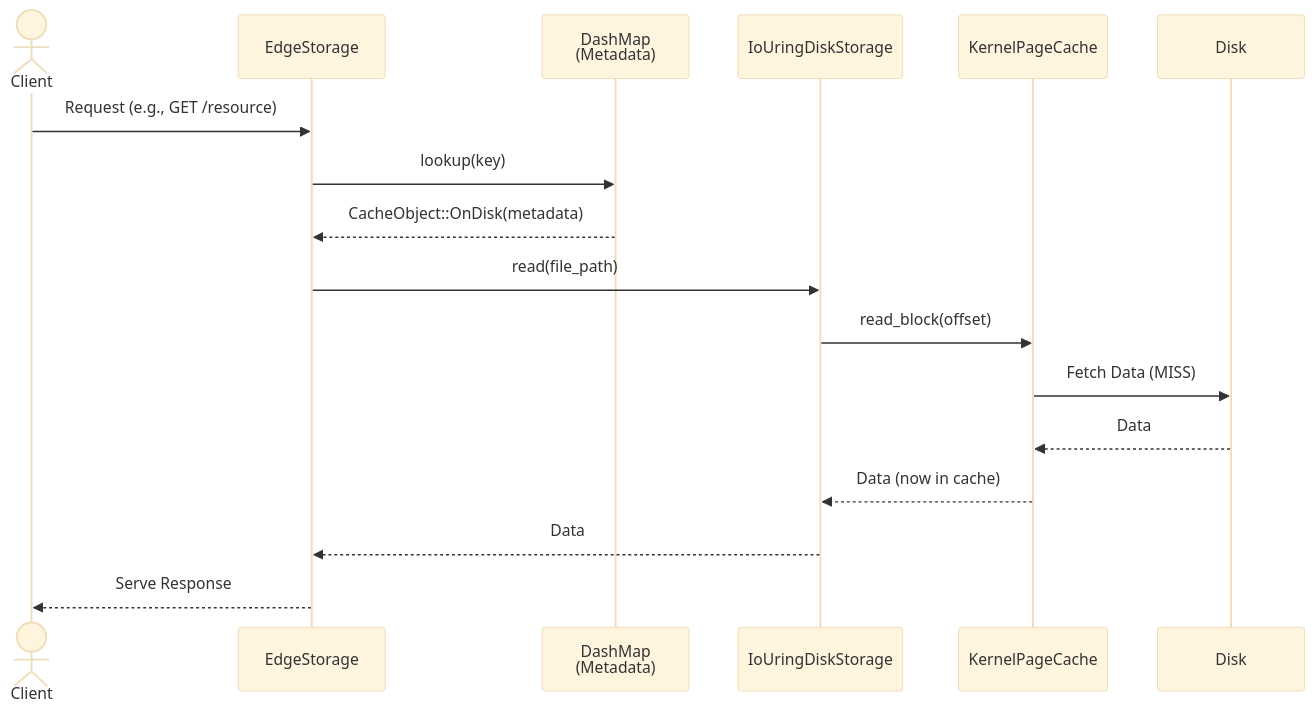
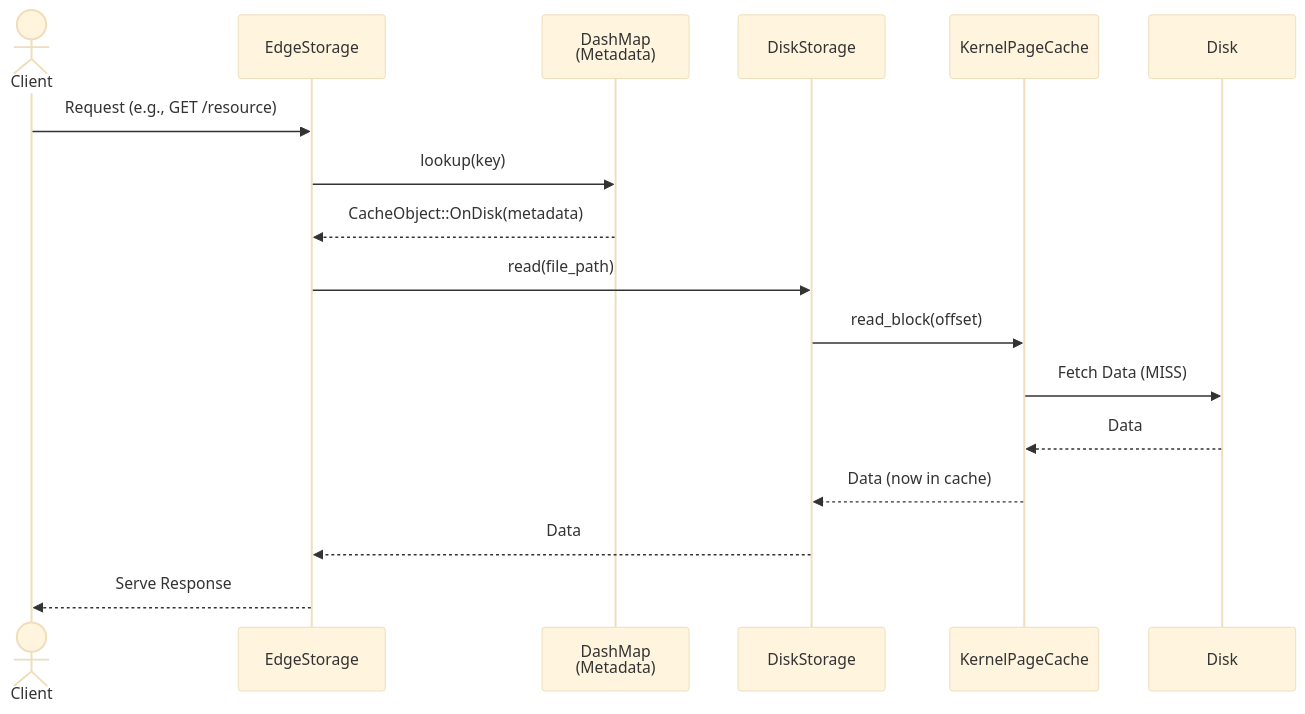
The third of 4 diagrams in design/architecture_diagrams.md (PixmaNts/edge-cdn-store), drawn with Mermaid (base theme) before and after one commit. The commit also changed other lines of this file and 6 other files, not shown here.

````diff
--- a/design/architecture_diagrams.md
+++ b/design/architecture_diagrams.md
@@ -62,20 +62,20 @@
 ```mermaid
 sequenceDiagram
     actor Client
     participant EdgeStorage
     participant DashMap as DashMap<br>(Metadata)
-    participant IoUringDiskStorage
+    participant DiskStorage
     participant KernelPageCache
     participant Disk
 
     Client->>EdgeStorage: Request (e.g., GET /resource)
     EdgeStorage->>DashMap: lookup(key)
     DashMap-->>EdgeStorage: CacheObject::OnDisk(metadata)
-    EdgeStorage->>IoUringDiskStorage: read(file_path)
-    IoUringDiskStorage->>KernelPageCache: read_block(offset)
+    EdgeStorage->>DiskStorage: read(file_path)
+    DiskStorage->>KernelPageCache: read_block(offset)
     KernelPageCache->>Disk: Fetch Data (MISS)
     Disk-->>KernelPageCache: Data
-    KernelPageCache-->>IoUringDiskStorage: Data (now in cache)
-    IoUringDiskStorage-->>EdgeStorage: Data
+    KernelPageCache-->>DiskStorage: Data (now in cache)
+    DiskStorage-->>EdgeStorage: Data
     EdgeStorage-->>Client: Serve Response
 ```
````
